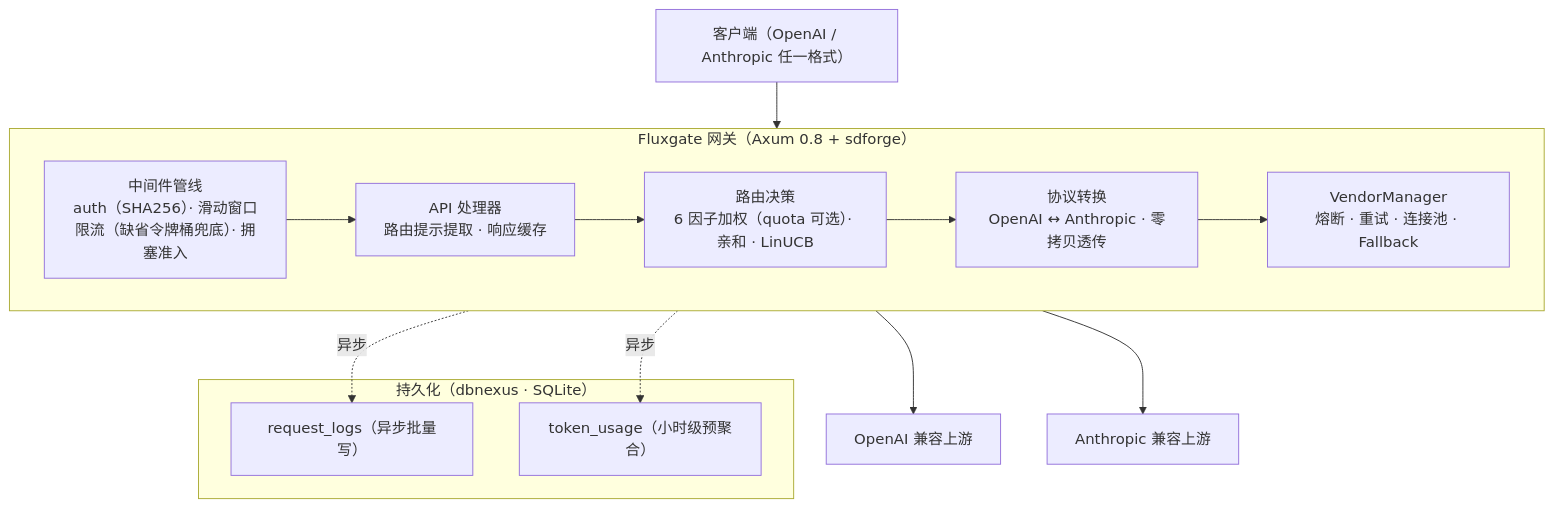
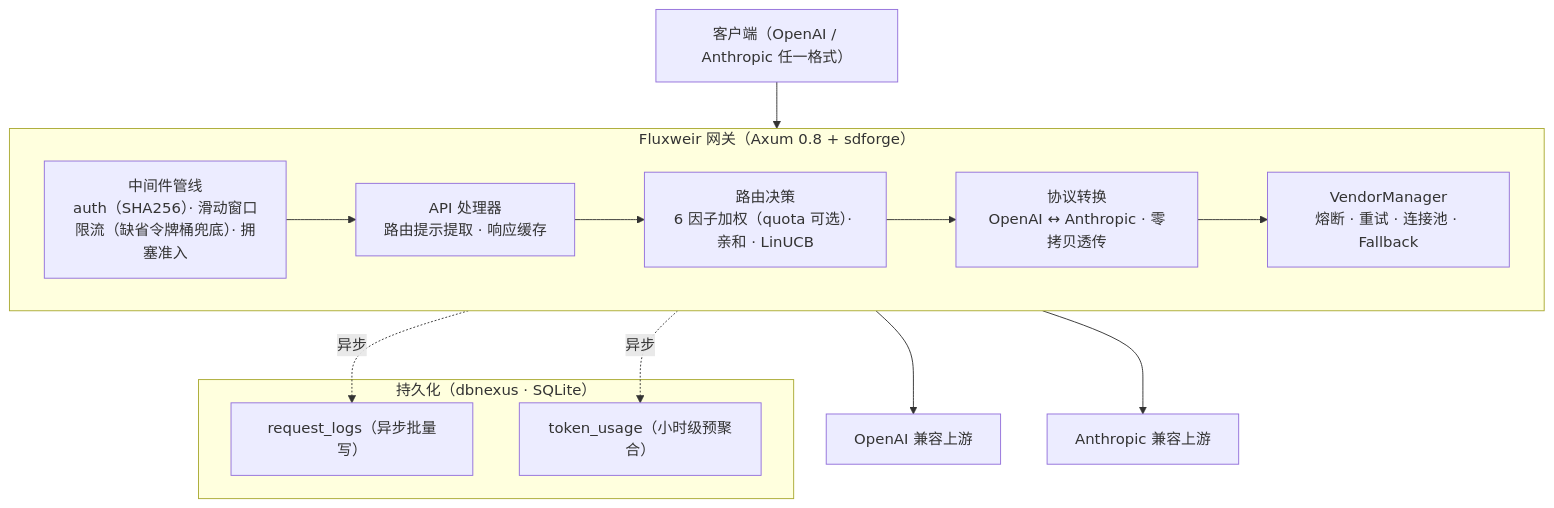
The diagram in README.md (Kirky-X/fluxgate), drawn with Mermaid before and after one commit. The commit also changed other lines of this file and 208 other files, not shown here.

First line of the commit message:
refactor!: 项目更名 fluxgate → fluxweir

````diff
--- a/README.md
+++ b/README.md
@@ -259,28 +259,28 @@
 ```mermaid
 flowchart TB
     Client["客户端（OpenAI / Anthropic 任一格式）"]
 
-    subgraph GW["Fluxgate 网关（Axum 0.8 + sdforge）"]
+    subgraph GW["Fluxweir 网关（Axum 0.8 + sdforge）"]
         direction LR
         MW["中间件管线<br/>auth（SHA256）· 滑动窗口限流（缺省令牌桶兜底）· 拥塞准入"]
         Handler["API 处理器<br/>路由提示提取 · 响应缓存"]
         Router["路由决策<br/>6 因子加权（quota 可选）· 亲和 · LinUCB"]
         Conv["协议转换<br/>OpenAI ↔ Anthropic · 零拷贝透传"]
         Vendor["VendorManager<br/>熔断 · 重试 · 连接池 · Fallback"]
         MW --> Handler --> Router --> Conv --> Vendor
     end
 
     subgraph Store["持久化（dbnexus · SQLite）"]
         Logs["request_logs（异步批量写）"]
         Agg["token_usage（小时级预聚合）"]
     end
 
     UP1["OpenAI 兼容上游"]
     UP2["Anthropic 兼容上游"]
 
     Client --> MW
     Vendor --> UP1
     Vendor --> UP2
     Vendor -.异步.-> Logs
     Vendor -.异步.-> Agg
 ```
````
